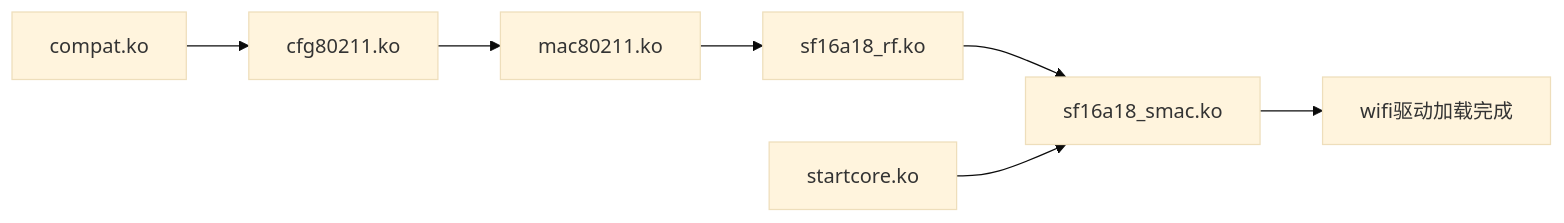
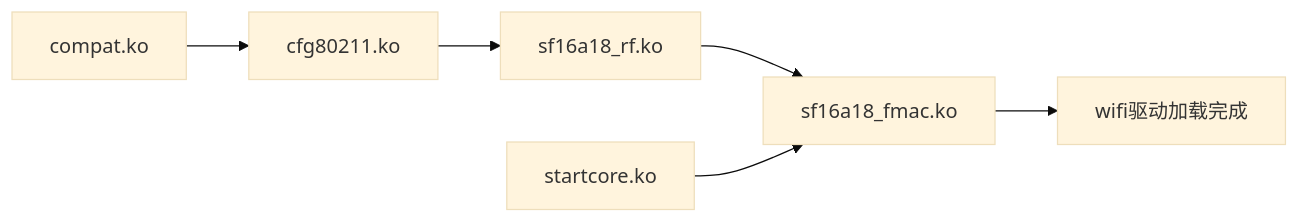
The third of 3 diagrams in _posts/blog/wifi/2020-08-12-wifi_architecture_and_configuration_manual.md (Siflower/siflower.github.io), drawn with Mermaid (base theme) before and after one commit. The commit also changed other lines of this file, not shown here.

Commit message:
fix:update wifi_architecture_and_configuration_manualwq

````diff
--- a/_posts/blog/wifi/2020-08-12-wifi_architecture_and_configuration_manual.md
+++ b/_posts/blog/wifi/2020-08-12-wifi_architecture_and_configuration_manual.md
@@ -486,9 +486,8 @@
 ```mermaid
 graph LR
   A[compat.ko]-->B[cfg80211.ko]
-  B-->C[mac80211.ko]
-  C-->D[sf16a18_rf.ko ]
-  D-->E[sf16a18_smac.ko]
+  B-->D[sf16a18_rf.ko ]
+  D-->E[sf16a18_fmac.ko]
   F[startcore.ko]-->E
   E-->wifi驱动加载完成
 ```
````
